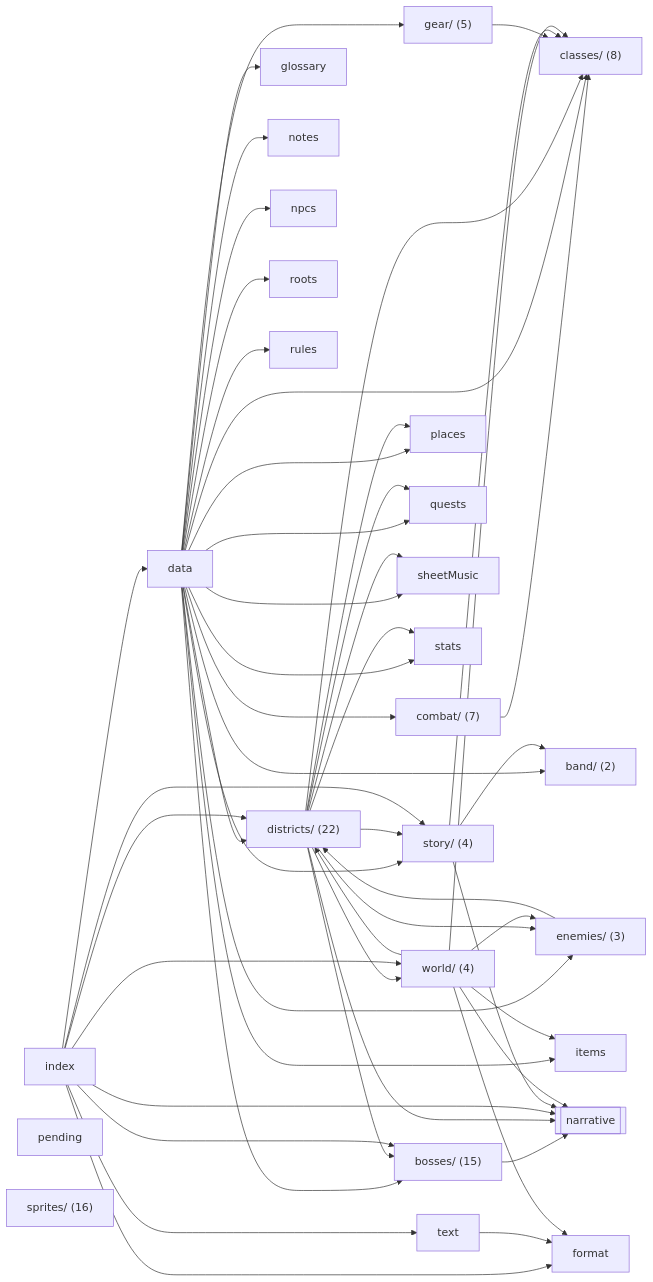
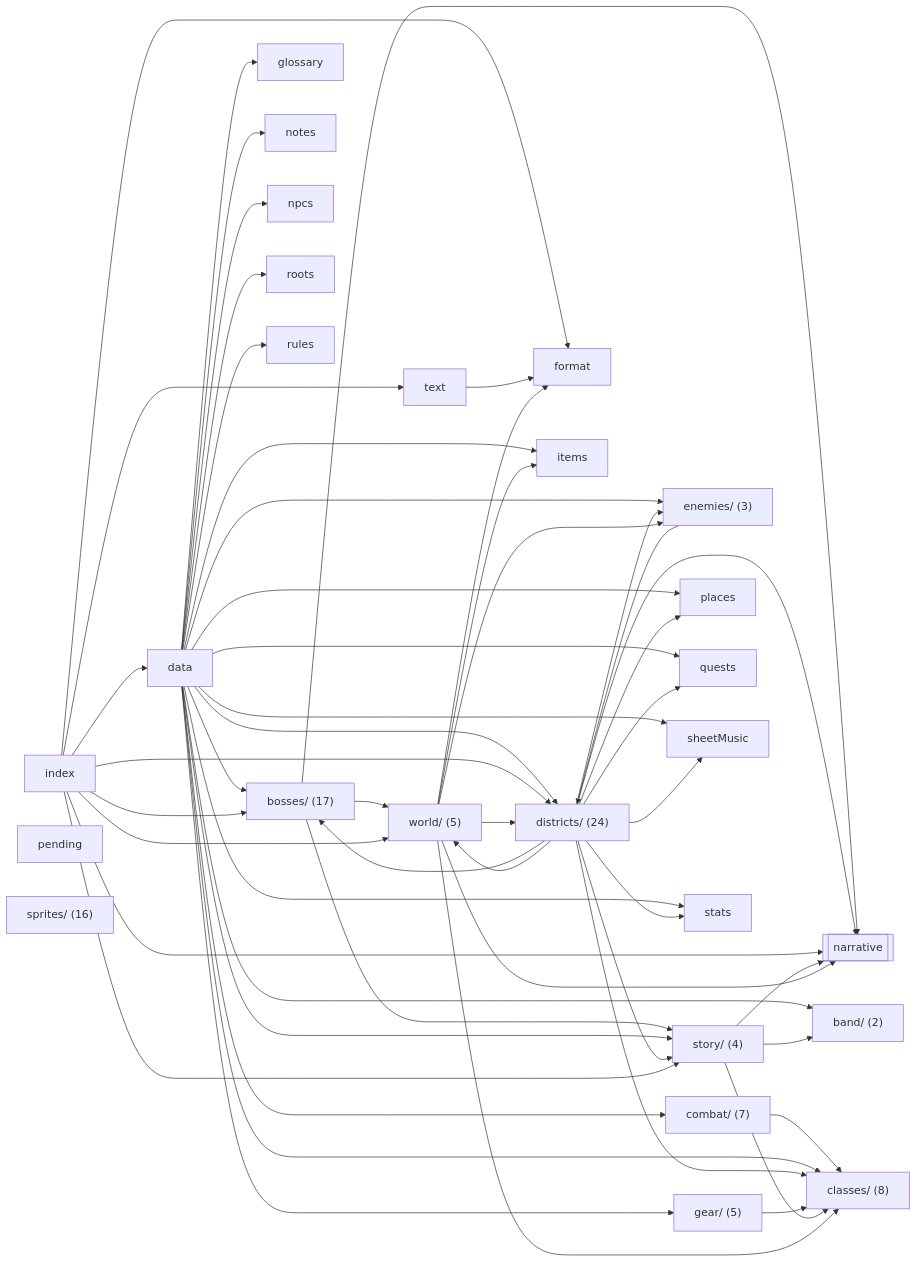
One commit to OrangeB0lt/Cyber-funk changed the diagram in docs/reference/code-map/content.md. Above: the diagram before and after it, drawn with Mermaid. The commit also changed other lines of this file and 25 other files, not shown here.

````diff
--- a/docs/reference/code-map/content.md
+++ b/docs/reference/code-map/content.md
@@ -11,79 +11,81 @@
 ```mermaid
 flowchart LR
   n_band_["band/ (2)"]
-  n_bosses_["bosses/ (15)"]
+  n_bosses_["bosses/ (17)"]
   n_classes_["classes/ (8)"]
   n_combat_["combat/ (7)"]
   n_data["data"]
-  n_districts_["districts/ (22)"]
+  n_districts_["districts/ (24)"]
   n_enemies_["enemies/ (3)"]
   n_format["format"]
   n_gear_["gear/ (5)"]
   n_glossary["glossary"]
   n_index["index"]
   n_items["items"]
   n_notes["notes"]
   n_npcs["npcs"]
   n_pending["pending"]
   n_places["places"]
   n_quests["quests"]
   n_roots["roots"]
   n_rules["rules"]
   n_sheetMusic["sheetMusic"]
   n_sprites_["sprites/ (16)"]
   n_stats["stats"]
   n_story_["story/ (4)"]
   n_text["text"]
-  n_world_["world/ (4)"]
+  n_world_["world/ (5)"]
   n_ext_narrative[["narrative"]]
   n_bosses_ --> n_ext_narrative
+  n_bosses_ --> n_story_
+  n_bosses_ --> n_world_
   n_combat_ --> n_classes_
   n_data --> n_band_
   n_data --> n_bosses_
   n_data --> n_classes_
   n_data --> n_combat_
   n_data --> n_districts_
   n_data --> n_enemies_
   n_data --> n_gear_
   n_data --> n_glossary
   n_data --> n_items
   n_data --> n_notes
   n_data --> n_npcs
   n_data --> n_places
   n_data --> n_quests
   n_data --> n_roots
   n_data --> n_rules
   n_data --> n_sheetMusic
   n_data --> n_stats
   n_data --> n_story_
   n_districts_ --> n_bosses_
   n_districts_ --> n_classes_
   n_districts_ --> n_enemies_
   n_districts_ --> n_ext_narrative
   n_districts_ --> n_places
   n_districts_ --> n_quests
   n_districts_ --> n_sheetMusic
   n_districts_ --> n_stats
   n_districts_ --> n_story_
   n_districts_ --> n_world_
   n_enemies_ --> n_districts_
   n_gear_ --> n_classes_
   n_index --> n_bosses_
   n_index --> n_data
   n_index --> n_districts_
   n_index --> n_ext_narrative
   n_index --> n_format
   n_index --> n_story_
   n_index --> n_text
   n_index --> n_world_
   n_story_ --> n_band_
   n_story_ --> n_classes_
   n_story_ --> n_ext_narrative
   n_text --> n_format
   n_world_ --> n_classes_
   n_world_ --> n_districts_
   n_world_ --> n_enemies_
   n_world_ --> n_ext_narrative
   n_world_ --> n_format
   n_world_ --> n_items
 ```
````
